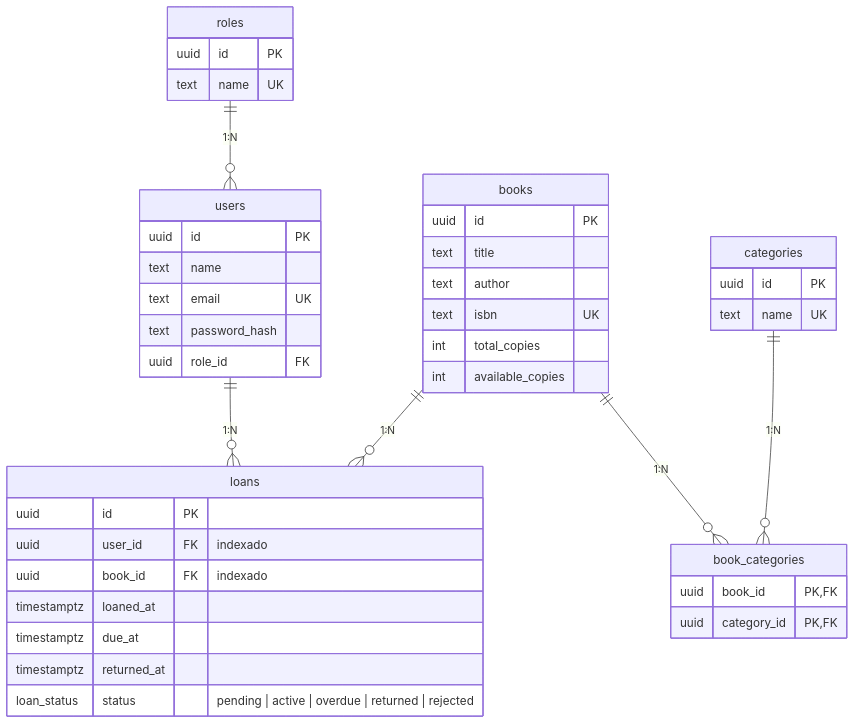
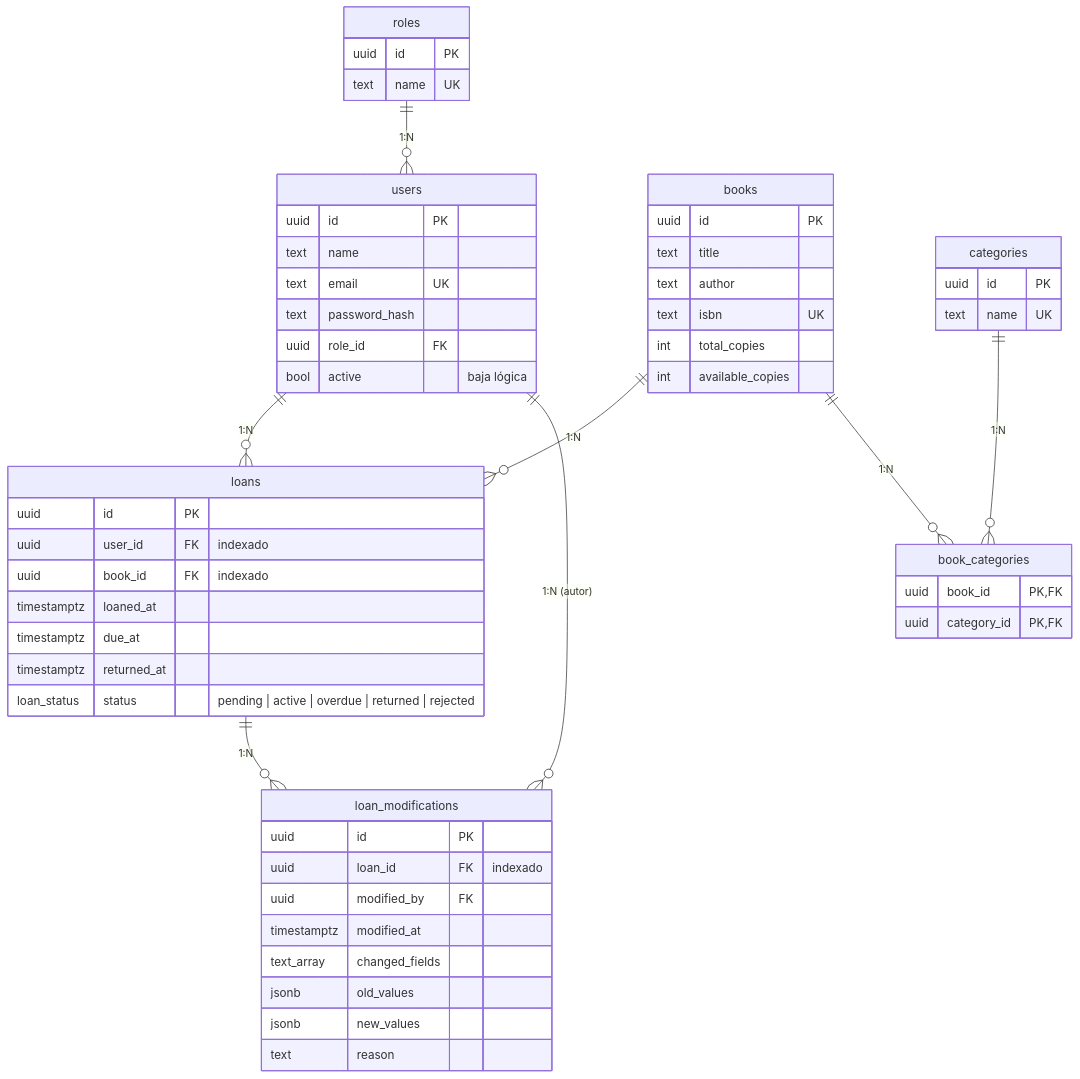
Before and after one commit to tabordathomas-maker/PruebaDeAuxiliar-Backend: the diagram in docs/er.md, drawn with Mermaid. The commit also changed other lines of this file and 2 other files, not shown here.

Commit message:
docs: document admin role, accounts and loan audit

````diff
--- a/docs/er.md
+++ b/docs/er.md
@@ -7,45 +7,58 @@
 ```mermaid
 erDiagram
     roles ||--o{ users : "1:N"
     users ||--o{ loans : "1:N"
     books ||--o{ loans : "1:N"
     books ||--o{ book_categories : "1:N"
+    loans ||--o{ loan_modifications : "1:N"
+    users ||--o{ loan_modifications : "1:N (autor)"
     categories ||--o{ book_categories : "1:N"
 
     roles {
         uuid id PK
         text name UK
     }
     users {
         uuid id PK
         text name
         text email UK
         text password_hash
         uuid role_id FK
+        bool active "baja lógica"
     }
     categories {
         uuid id PK
         text name UK
     }
     books {
         uuid id PK
         text title
         text author
         text isbn UK
         int total_copies
         int available_copies
     }
     book_categories {
         uuid book_id PK, FK
         uuid category_id PK, FK
     }
     loans {
         uuid id PK
         uuid user_id FK "indexado"
         uuid book_id FK "indexado"
         timestamptz loaned_at
         timestamptz due_at
         timestamptz returned_at
         loan_status status "pending | active | overdue | returned | rejected"
     }
+    loan_modifications {
+        uuid id PK
+        uuid loan_id FK "indexado"
+        uuid modified_by FK
+        timestamptz modified_at
+        text_array changed_fields
+        jsonb old_values
+        jsonb new_values
+        text reason
+    }
 ```
````
